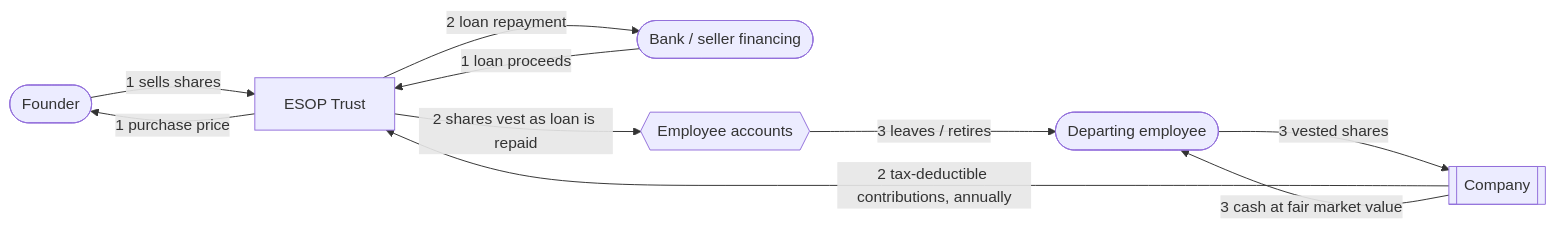
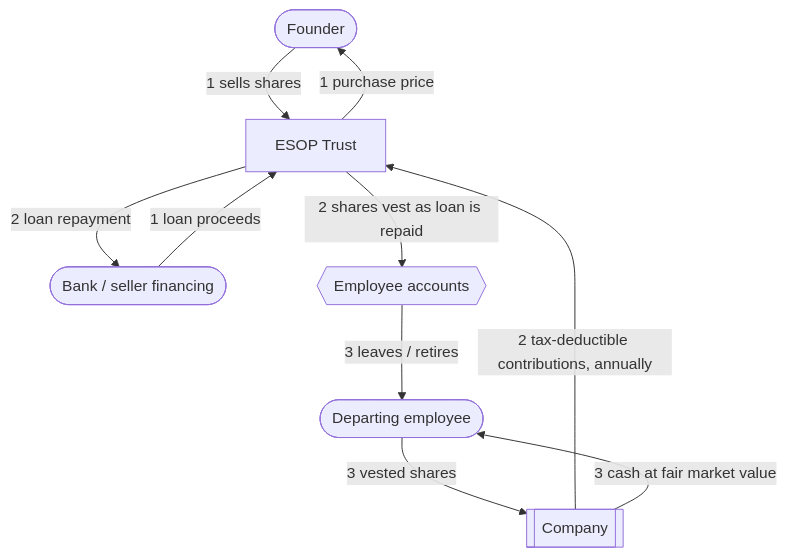
Before and after one commit to doikayt/admin: the first of 2 diagrams in governance/commons-hub-pattern.md, drawn with Mermaid. The commit also changed other lines of this file, not shown here.

First line of the commit message:
docs: switch ESOP diagram to top-down layout to dodge GitHub's Mermaid toolbar

````diff
--- a/governance/commons-hub-pattern.md
+++ b/governance/commons-hub-pattern.md
@@ -402,19 +402,19 @@
 ```mermaid
-flowchart LR
+flowchart TD
     Founder([Founder])
     Lender([Bank / seller financing])
     Trust[ESOP Trust]
     Company[[Company]]
     Employees{{Employee accounts}}
     Departing([Departing employee])
 
     Founder -- "1 sells shares" --> Trust
     Lender -- "1 loan proceeds" --> Trust
     Trust -- "1 purchase price" --> Founder
     Company -- "2 tax-deductible contributions, annually" --> Trust
     Trust -- "2 loan repayment" --> Lender
     Trust -- "2 shares vest as loan is repaid" --> Employees
     Employees -- "3 leaves / retires" --> Departing
     Departing -- "3 vested shares" --> Company
     Company -- "3 cash at fair market value" --> Departing
 ```
````
